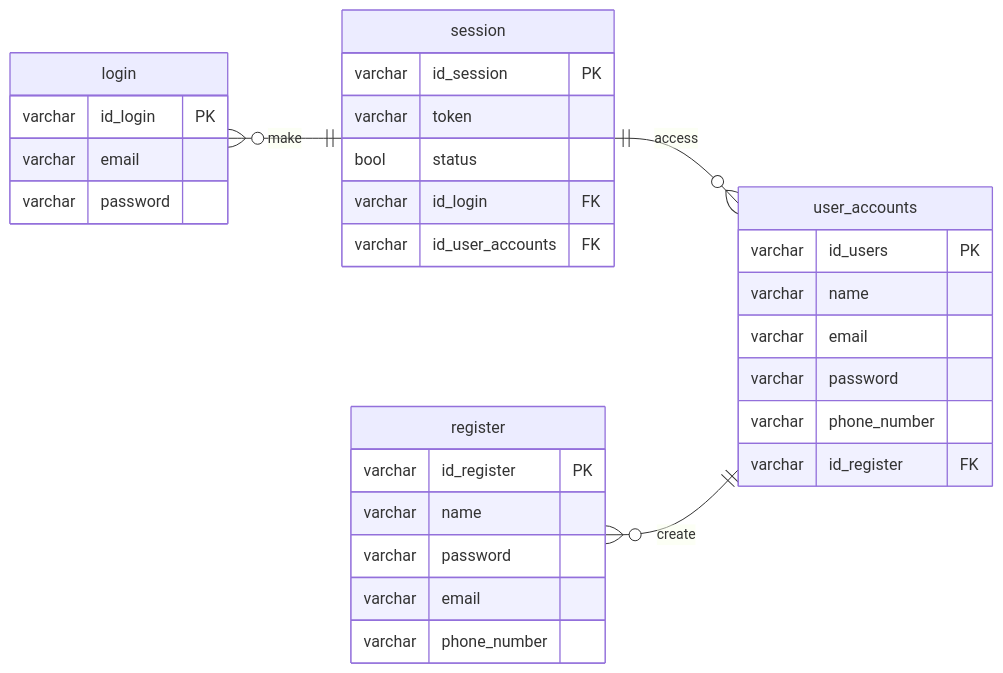
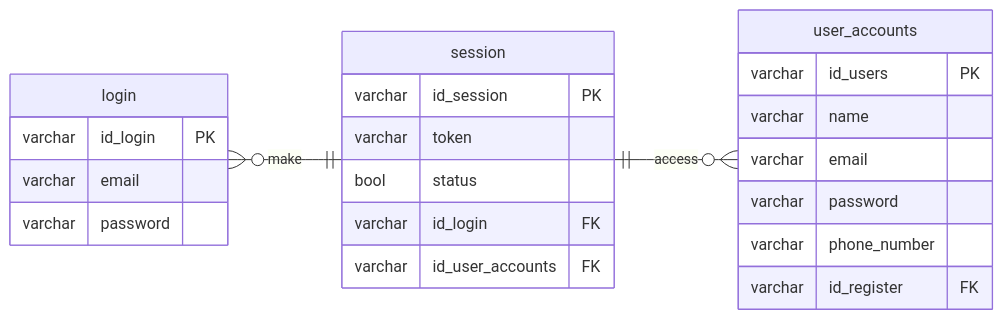
One commit to mdavindarinaldy/fgo24-db-auth-flow changed the diagram in README.md. Above: the diagram before and after it, drawn with Mermaid.

Commit message:
docs: update ERD in README

````diff
--- a/README.md
+++ b/README.md
@@ -7,35 +7,27 @@
 ```mermaid
 erDiagram
     direction LR
-    register {
-        varchar id_register PK
-        varchar name
-        varchar password
-        varchar email
-        varchar phone_number
-    }
     login {
         varchar id_login PK
         varchar email
         varchar password
     }
     user_accounts {
         varchar id_users PK
         varchar name
         varchar email
         varchar password
         varchar phone_number
         varchar id_register FK
     }
     session {
         varchar id_session PK
         varchar token
         bool status
         varchar id_login FK
         varchar id_user_accounts FK
     }
 
     login }o--|| session : make
     session ||--o{ user_accounts : access
-    register }o--|| user_accounts : create
 ```
````
